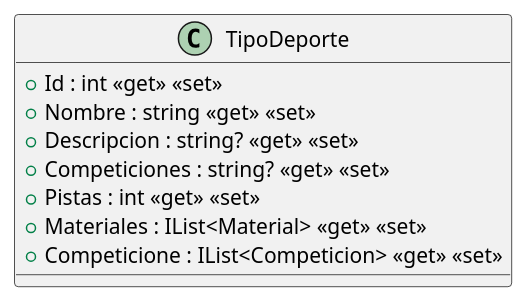
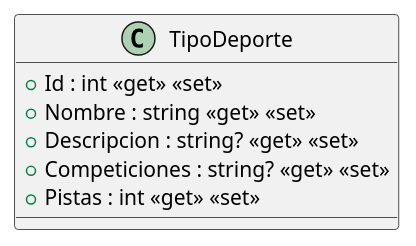
The diagram in src/AppForSEII.API/ClassDiagram/TipoDeporte.puml (EQUIPO-AJR-IS-2/ISII2627EquipoAJR), drawn with PlantUML before and after one commit. The commit also changed 2 other files, not shown here.

```diff
--- a/src/AppForSEII.API/ClassDiagram/TipoDeporte.puml
+++ b/src/AppForSEII.API/ClassDiagram/TipoDeporte.puml
@@ -1,11 +1,9 @@
 @startuml
 class TipoDeporte {
     + Id : int <<get>> <<set>>
     + Nombre : string <<get>> <<set>>
     + Descripcion : string? <<get>> <<set>>
     + Competiciones : string? <<get>> <<set>>
     + Pistas : int <<get>> <<set>>
-    + Materiales : IList<Material> <<get>> <<set>>
-    + Competicione : IList<Competicion> <<get>> <<set>>
 }
 @enduml
```
